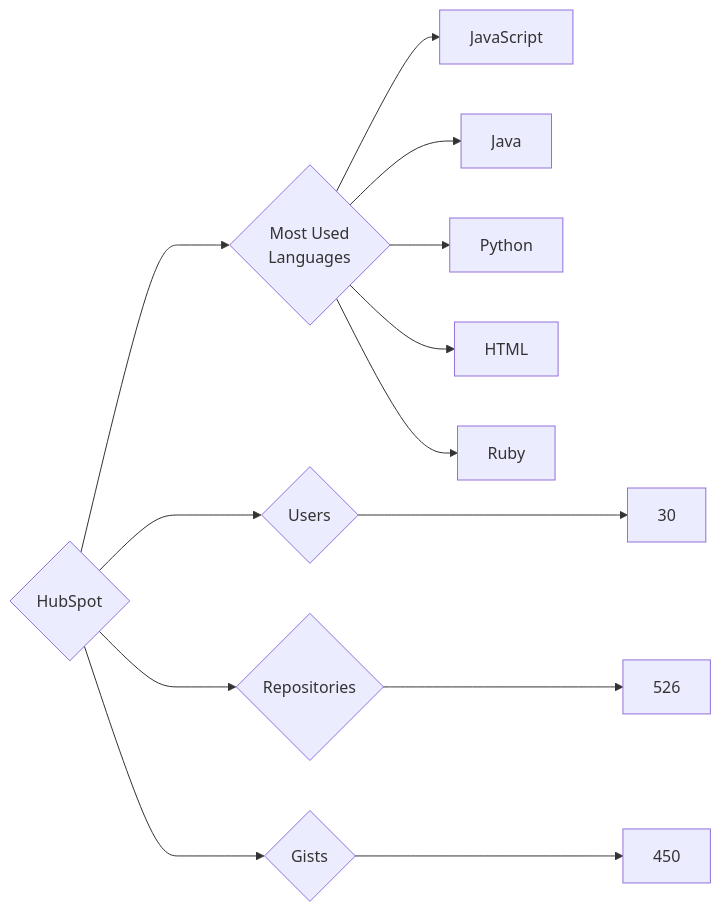
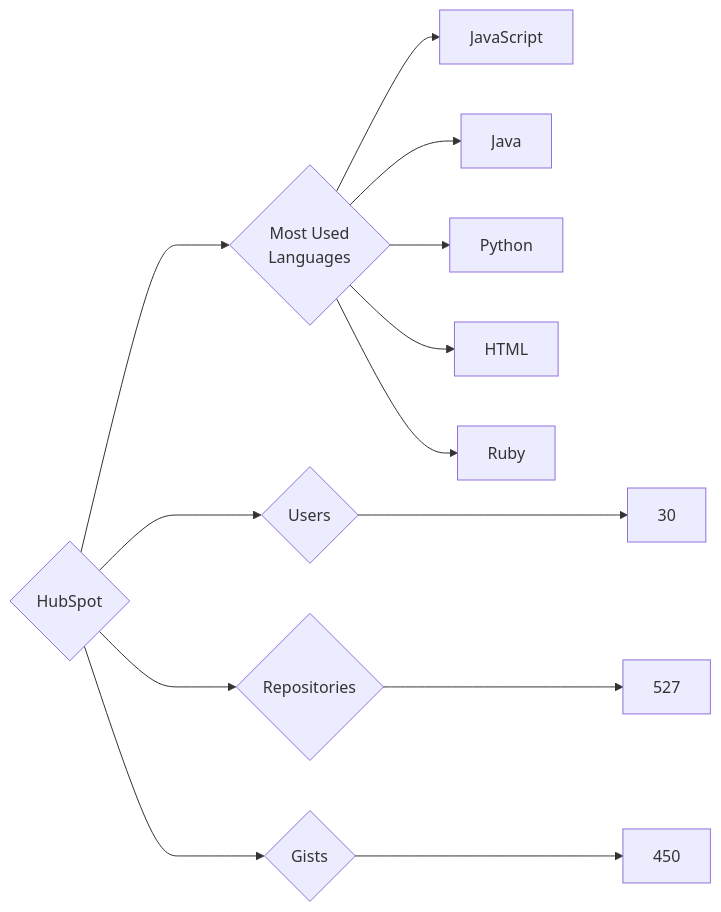
The diagram in targets/HubSpot/README.md (trickest/insiders), drawn with Mermaid before and after one commit. The commit also changed 611 other files, not shown here.

````diff
--- a/targets/HubSpot/README.md
+++ b/targets/HubSpot/README.md
@@ -3,13 +3,13 @@
 ```mermaid
 graph LR
 COMPANY_NAME{HubSpot}
 COMPANY_NAME ---> U{Users} ---> UN[30]
-COMPANY_NAME ---> R{Repositories} ---> RN[526]
+COMPANY_NAME ---> R{Repositories} ---> RN[527]
 COMPANY_NAME ---> G{Gists} ---> GN[450]
 COMPANY_NAME ---> ML{Most Used<br>Languages}
 ML --> JavaScript[JavaScript]
 ML --> Java[Java]
 ML --> Python[Python]
 ML --> HTML[HTML]
 ML --> Ruby[Ruby]
 ```
````
